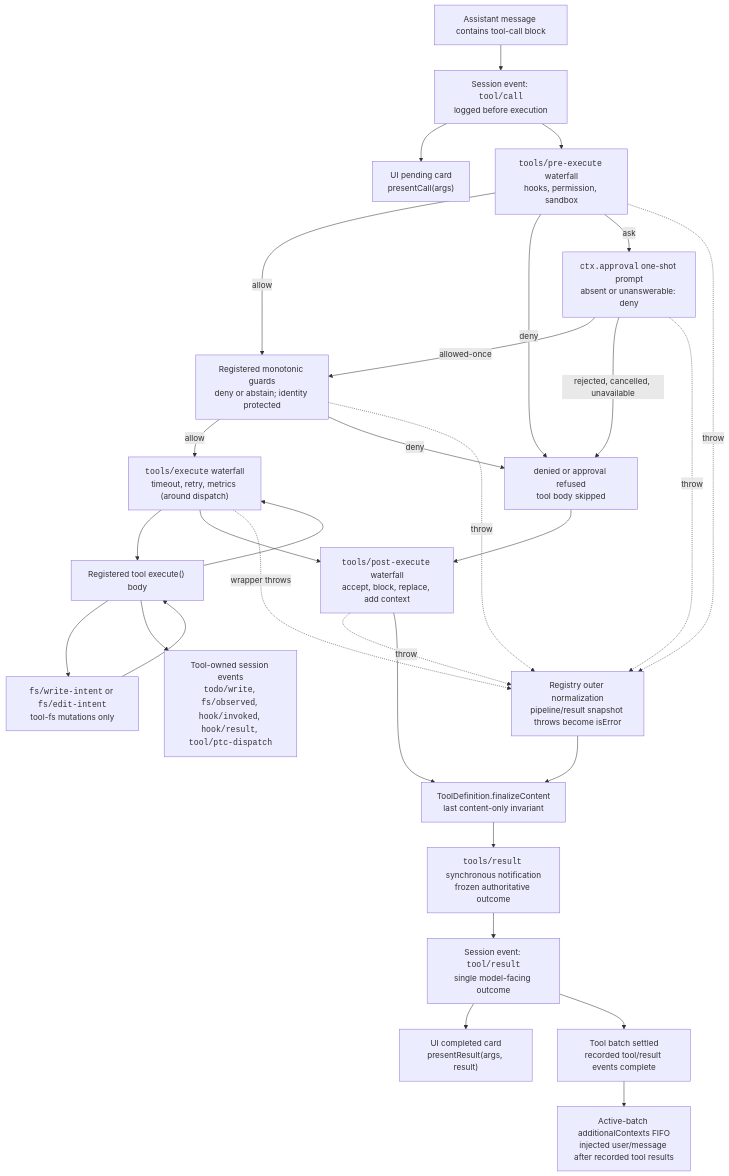
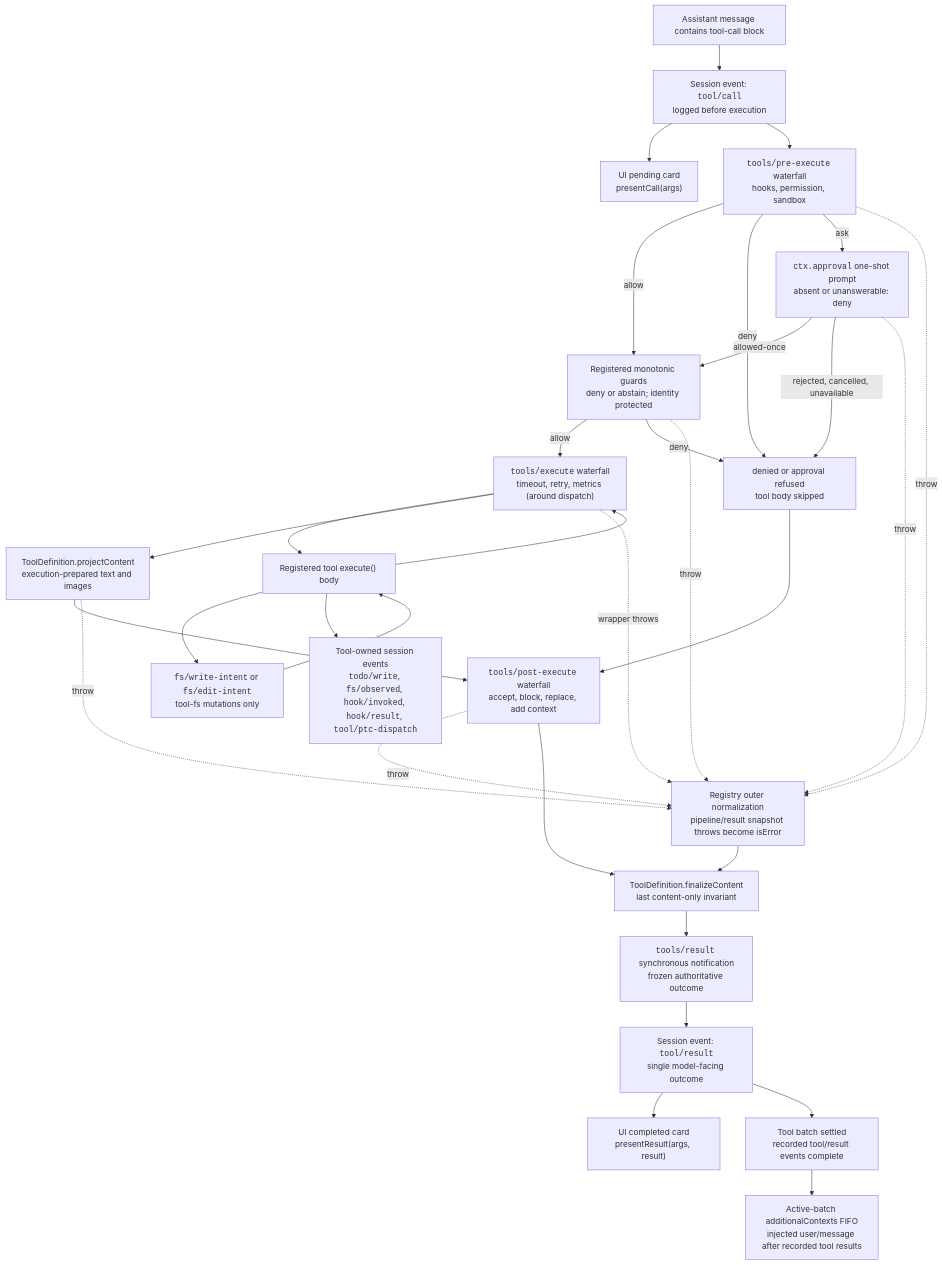
One commit to guojiaxian/deepseek-harness-WTAgent changed the diagram in docs/tool-execution-pipeline.md. Above: the diagram before and after it, drawn with Mermaid. The commit also changed 77 other files, not shown here.

Commit message:
fix: retain ordered tool text and images within a token budget

````diff
--- a/docs/tool-execution-pipeline.md
+++ b/docs/tool-execution-pipeline.md
@@ -8,51 +8,54 @@
 ```mermaid
 flowchart TD
   model["Assistant message contains tool-call block"]
   toolCall["Session event: <code>tool/call</code><br/>logged before execution"]
   presentCall["UI pending card<br/>presentCall(args)"]
   pre["<code>tools/pre-execute</code> waterfall<br/>hooks, permission, sandbox"]
   guards["Registered monotonic guards<br/>deny or abstain; identity protected"]
   denied["denied or approval refused<br/>tool body skipped"]
   approval["<code>ctx.approval</code> one-shot prompt<br/>absent or unanswerable: deny"]
   around["<code>tools/execute</code> waterfall<br/>timeout, retry, metrics (around dispatch)"]
   toolBody["Registered tool execute() body"]
   fsGate["<code>fs/write-intent</code> or <code>fs/edit-intent</code><br/>tool-fs mutations only"]
   owned["Tool-owned session events<br/><code>todo/write</code>, <code>fs/observed</code>, <code>hook/invoked</code>, <code>hook/result</code>, <code>tool/ptc-dispatch</code>"]
+  project["ToolDefinition.projectContent<br/>execution-prepared text and images"]
   post["<code>tools/post-execute</code> waterfall<br/>accept, block, replace, add context"]
   normalized["Registry outer normalization<br/>pipeline/result snapshot throws become isError"]
   finalize["ToolDefinition.finalizeContent<br/>last content-only invariant"]
   final["<code>tools/result</code> synchronous notification<br/>frozen authoritative outcome"]
   context["Active-batch additionalContexts FIFO<br/>injected user/message after recorded tool results"]
   toolResult["Session event: <code>tool/result</code><br/>single model-facing outcome"]
   allResults["Tool batch settled<br/>recorded tool/result events complete"]
   presentResult["UI completed card<br/>presentResult(args, result)"]
   model --> toolCall
   toolCall --> presentCall
   toolCall --> pre
   pre -->|allow| guards
   guards -->|allow| around
   guards -->|deny| denied
   guards -.->|throw| normalized
   around --> toolBody
   pre -->|deny| denied
   pre -->|ask| approval
   approval -->|allowed-once| guards
   approval -->|rejected, cancelled, unavailable| denied
   approval -.->|throw| normalized
   denied --> post
   pre -.->|throw| normalized
   toolBody --> fsGate
   fsGate --> toolBody
   toolBody --> owned
   toolBody --> around
-  around --> post
+  around --> project
+  project --> post
+  project -.->|throw| normalized
   around -.->|wrapper throws| normalized
   post -.->|throw| normalized
   post --> finalize
   normalized --> finalize
   finalize --> final
   final --> toolResult
   toolResult --> presentResult
   toolResult --> allResults
   allResults --> context
 ```
````
